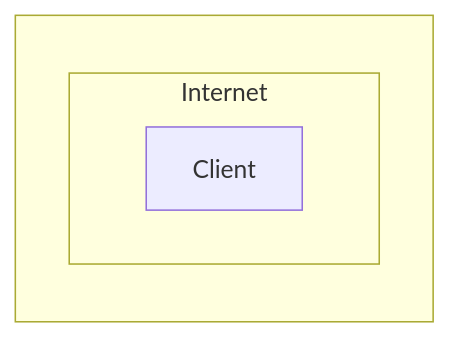
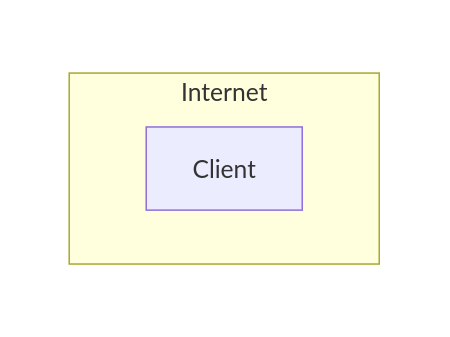
One commit to mm0202-sandbox/try-mermaid-js changed the second of 13 diagrams in sandbox/inbox.md. Above: the diagram before and after it, drawn with Mermaid. The commit also changed other lines of this file, not shown here.

````diff
--- a/sandbox/inbox.md
+++ b/sandbox/inbox.md
@@ -7,15 +18,9 @@
 ```mermaid
 flowchart LR
-subgraph subg [ ]
-  subgraph Internet
-    D[Client]
-  end
-end
-
 subgraph subg [ ]
   style subg fill:none,stroke:none
   subgraph Internet
     D[Client]
   end
 end
 ```
````
